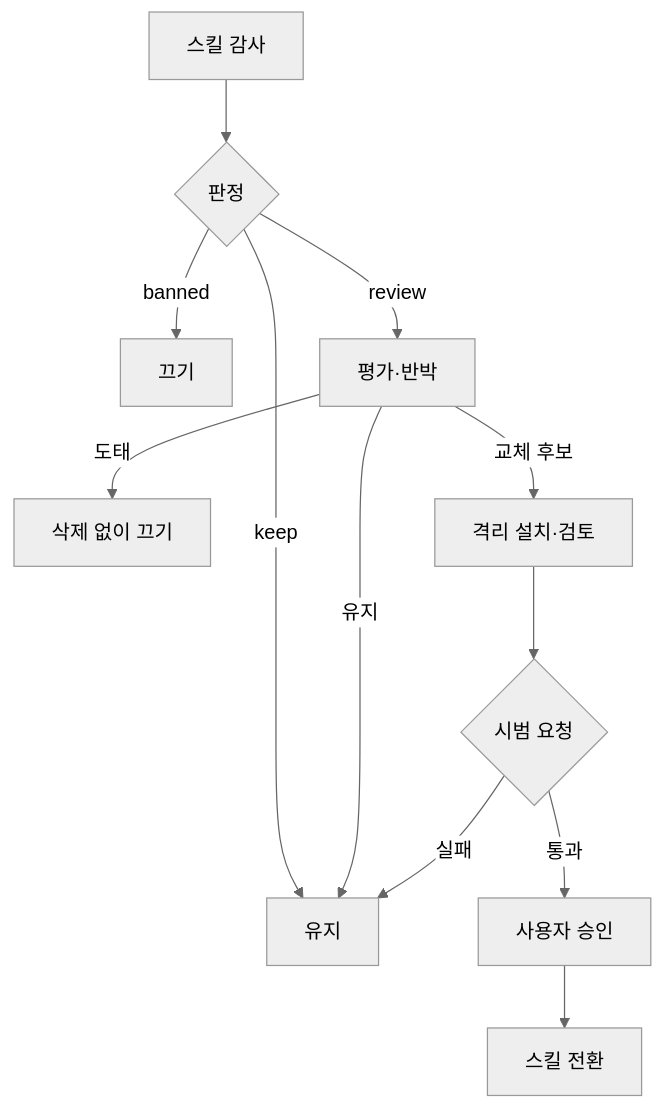
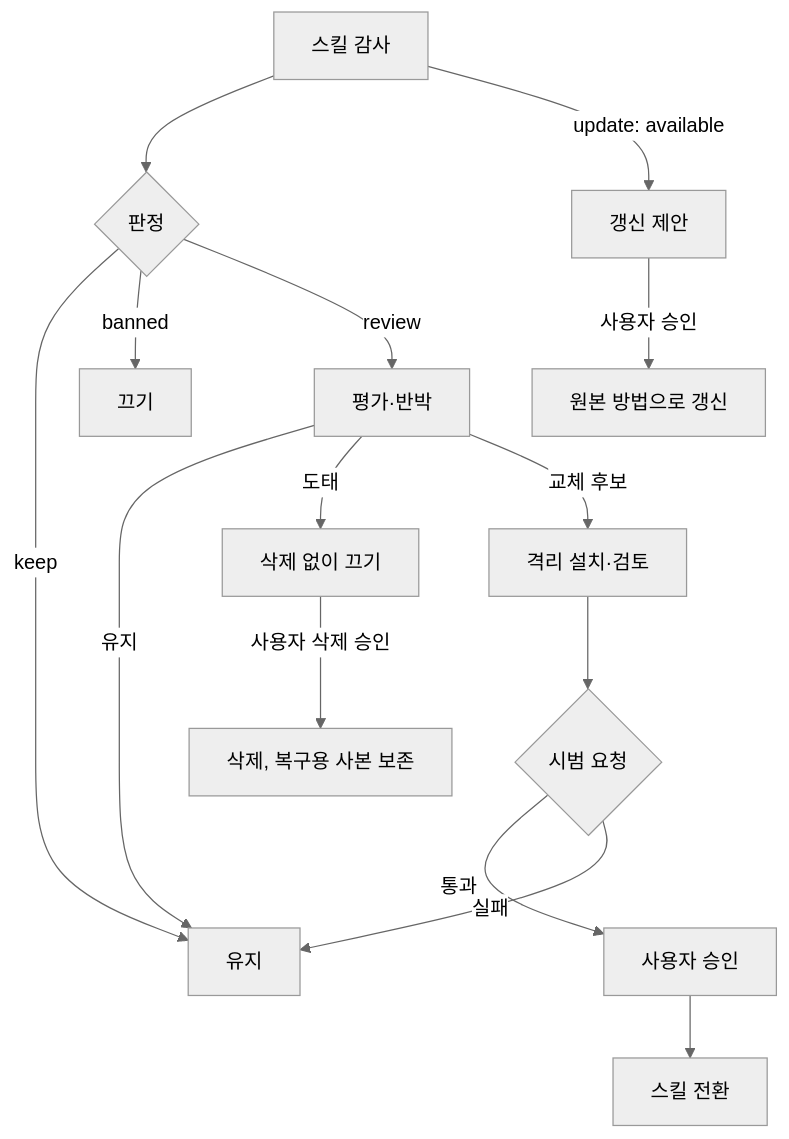
One commit to project820/kp-conductor changed the diagram in skills/kp-conductor/references/skills-lifecycle.md. Above: the diagram before and after it, drawn with Mermaid (neutral theme). The commit also changed other lines of this file and 16 other files, not shown here.

````diff
--- a/skills/kp-conductor/references/skills-lifecycle.md
+++ b/skills/kp-conductor/references/skills-lifecycle.md
@@ -5,14 +5,17 @@
 ```mermaid
 flowchart TD
   A["스킬 감사"] --> B{"판정"}
   B -->|"keep"| K["유지"]
   B -->|"banned"| O["끄기"]
   B -->|"review"| C["평가·반박"]
+  A -->|"update: available"| G["갱신 제안"]
+  G -->|"사용자 승인"| H["원본 방법으로 갱신"]
   C -->|"유지"| K
   C -->|"도태"| R["삭제 없이 끄기"]
+  R -->|"사용자 삭제 승인"| D["삭제, 복구용 사본 보존"]
   C -->|"교체 후보"| S["격리 설치·검토"]
   S --> V{"시범 요청"}
   V -->|"통과"| U["사용자 승인"]
   U --> N["스킬 전환"]
   V -->|"실패"| K
 ```
````
